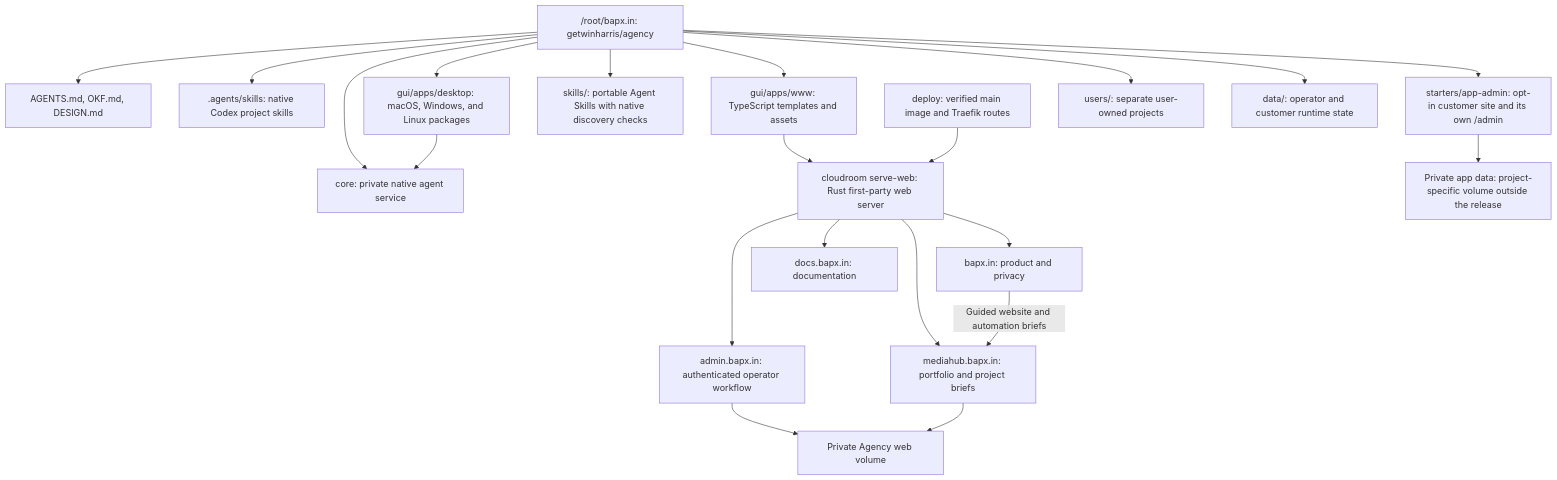
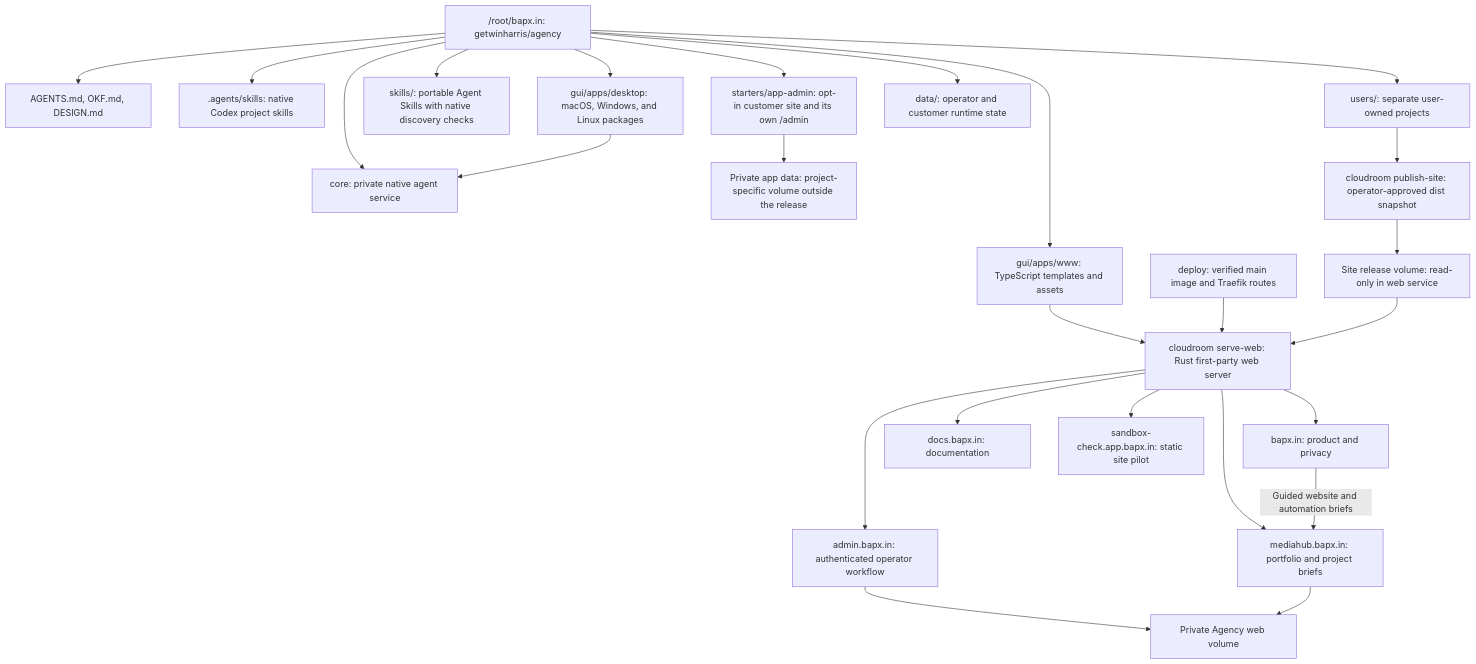
One commit to getwinharris/agency changed the diagram in map.mmd. Above: the diagram before and after it, drawn with Mermaid. The commit also changed 15 other files, not shown here.

First line of the commit message:
Publish an approved sandbox website to its own HTTPS subdomain (#69)

```diff
--- a/map.mmd
+++ b/map.mmd
@@ -1,33 +1,37 @@
 flowchart TD
   root["/root/bapx.in: getwinharris/agency"]
   contracts["AGENTS.md, OKF.md, DESIGN.md"]
   codex[".agents/skills: native Codex project skills"]
   web["gui/apps/www: TypeScript templates and assets"]
   desktop["gui/apps/desktop: macOS, Windows, and Linux packages"]
   sharedSkills["skills/: portable Agent Skills with native discovery checks"]
   core["core: private native agent service"]
   webMode["cloudroom serve-web: Rust first-party web server"]
   deploy["deploy: verified main image and Traefik routes"]
 
   root --> contracts
   root --> codex
   root --> web
   root --> appStarter["starters/app-admin: opt-in customer site and its own /admin"]
   appStarter --> appData["Private app data: project-specific volume outside the release"]
   root --> desktop
   root --> sharedSkills
   root --> core
   web --> webMode
   deploy --> webMode
 
   webMode --> landing["bapx.in: product and privacy"]
   webMode --> docs["docs.bapx.in: documentation"]
   webMode --> mediahub["mediahub.bapx.in: portfolio and project briefs"]
   webMode --> admin["admin.bapx.in: authenticated operator workflow"]
   landing -->|"Guided website and automation briefs"| mediahub
   admin --> privateData["Private Agency web volume"]
   mediahub --> privateData
 
   desktop --> core
   root --> users["users/: separate user-owned projects"]
+  users --> publish["cloudroom publish-site: operator-approved dist snapshot"]
+  publish --> siteReleases["Site release volume: read-only in web service"]
+  siteReleases --> webMode
+  webMode --> sandboxPilot["sandbox-check.app.bapx.in: static site pilot"]
   root --> runtimeData["data/: operator and customer runtime state"]
```
